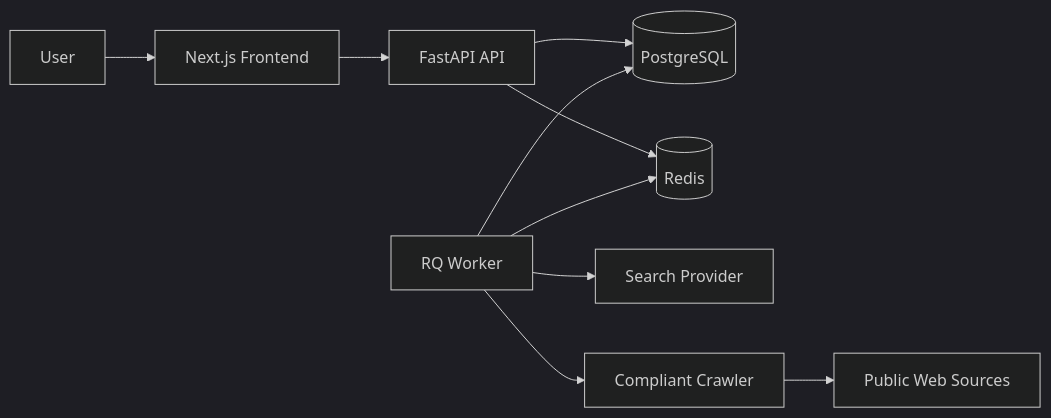
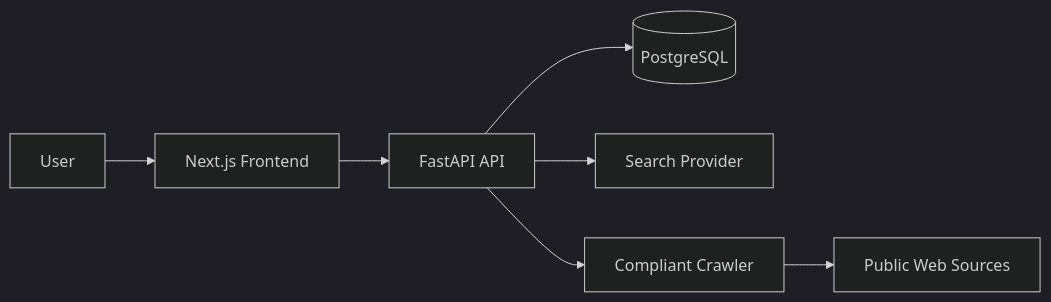
The diagram in docs/TECHNICAL_DESIGN.md (Marcogitup/customer-development-system), drawn with Mermaid (dark theme) before and after one commit. The commit also changed other lines of this file and 8 other files, not shown here.

````diff
--- a/docs/TECHNICAL_DESIGN.md
+++ b/docs/TECHNICAL_DESIGN.md
@@ -5,12 +5,9 @@
 ```mermaid
 flowchart LR
   U["User"] --> FE["Next.js Frontend"]
   FE --> API["FastAPI API"]
   API --> DB[("PostgreSQL")]
-  API --> Redis[("Redis")]
-  Worker["RQ Worker"] --> Redis
-  Worker --> DB
-  Worker --> Search["Search Provider"]
-  Worker --> Crawl["Compliant Crawler"]
+  API --> Search["Search Provider"]
+  API --> Crawl["Compliant Crawler"]
   Crawl --> Web["Public Web Sources"]
 ```
````
